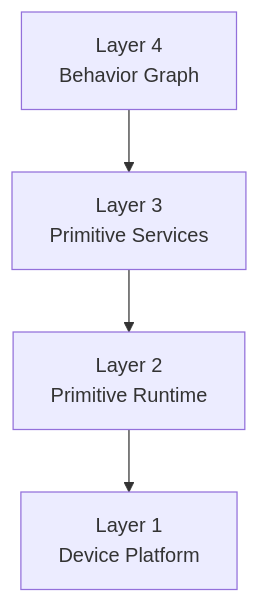
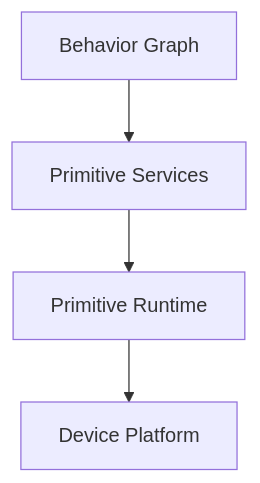
The first of 5 diagrams in README.md (ROSMicroPy/RobotPrimitivesStack), drawn with Mermaid before and after one commit. The commit also changed other lines of this file, not shown here.

````diff
--- a/README.md
+++ b/README.md
@@ -21,11 +20,11 @@
-```mermaid
+~~~mermaid
 flowchart TB
-    B["Layer 4<br/>Behavior Graph"]
-    S["Layer 3<br/>Primitive Services"]
-    R["Layer 2<br/>Primitive Runtime"]
-    P["Layer 1<br/>Device Platform"]
+    BG["Behavior Graph"]
+    PS["Primitive Services"]
+    PR["Primitive Runtime"]
+    DP["Device Platform"]
 
-    B --> S
-    S --> R
-    R --> P
-```
+    BG --> PS
+    PS --> PR
+    PR --> DP
+~~~
````
